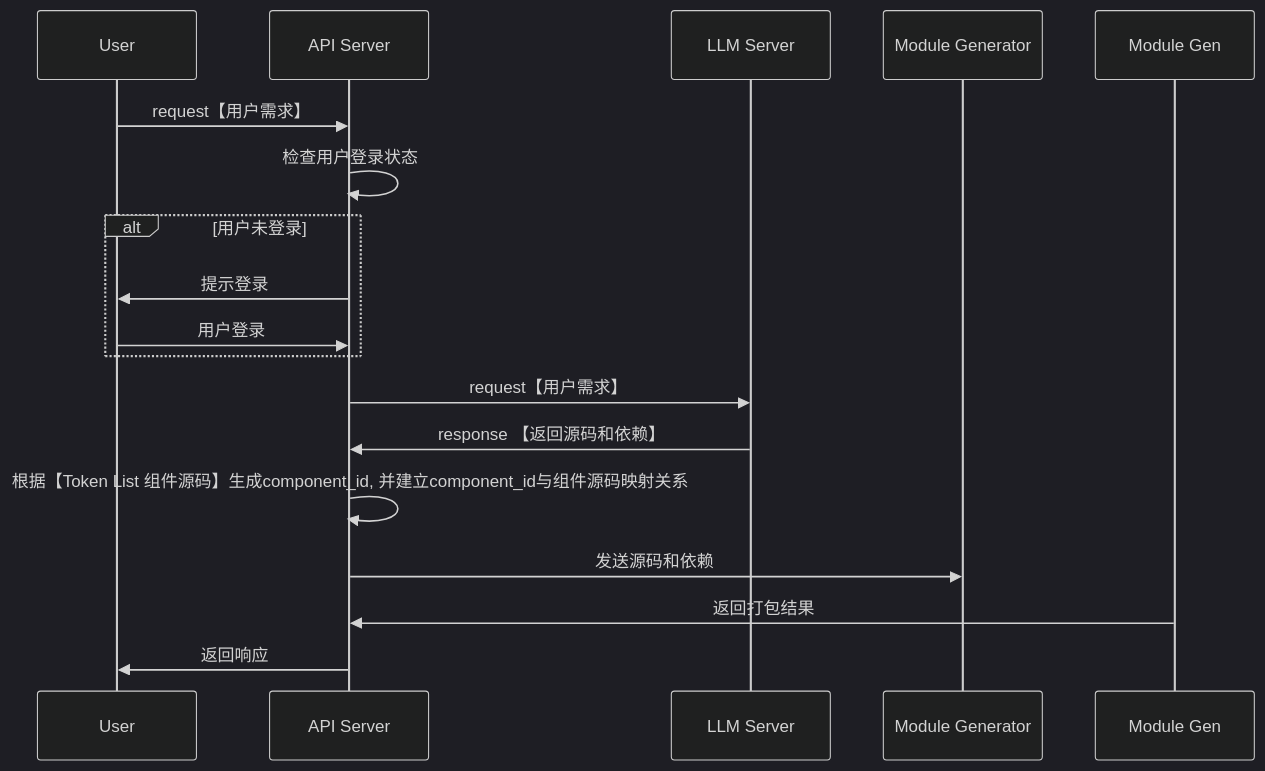
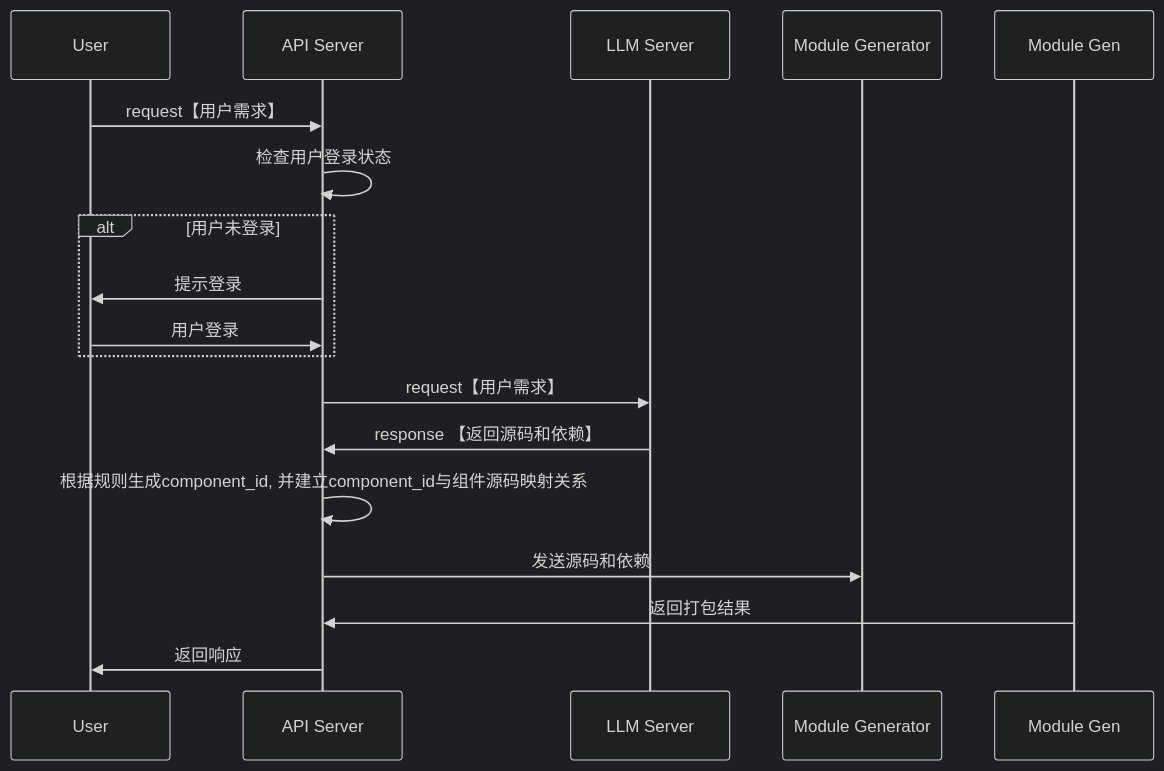
Before and after one commit to yingjianzh/iodraw-files: the diagram in all/未命名-7.md, drawn with Mermaid (dark theme).

Commit message:
2024-10-08 15:39:30 update

````diff
--- a/all/未命名-7.md
+++ b/all/未命名-7.md
@@ -1,24 +1,24 @@
 ```mermaid
 sequenceDiagram
     participant User
     participant API Server
     participant LLM Server
     participant Module Generator
 
     User->>API Server: request【用户需求】
     API Server->>API Server: 检查用户登录状态
     alt 用户未登录
         API Server->>User: 提示登录
         User->>API Server: 用户登录
     end
 
     API Server->>LLM Server: request【用户需求】
     LLM Server->>API Server: response 【返回源码和依赖】
-    API Server->>API Server: 根据【Token List 组件源码】生成component_id, 并建立component_id与组件源码映射关系
+    API Server->>API Server: 根据规则生成component_id, 并建立component_id与组件源码映射关系
 
     API Server->>Module Generator: 发送源码和依赖
     Module Gen->>API Server: 返回打包结果
 
     API Server->>User: 返回响应
 
 ```
````
